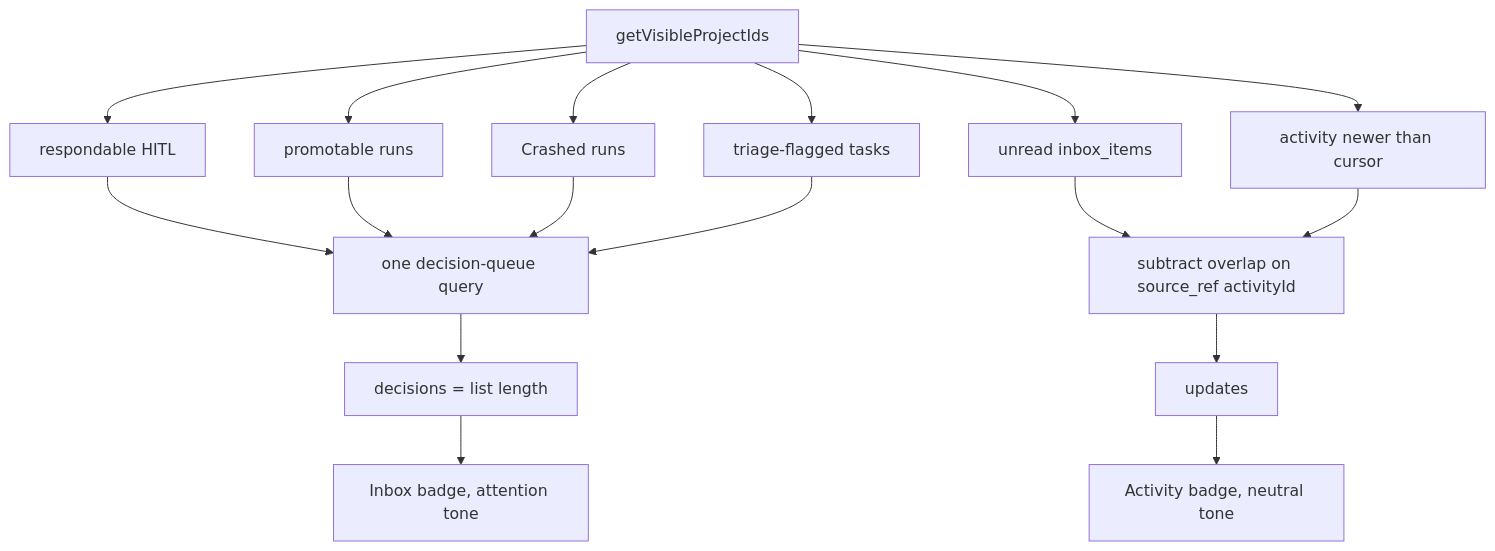
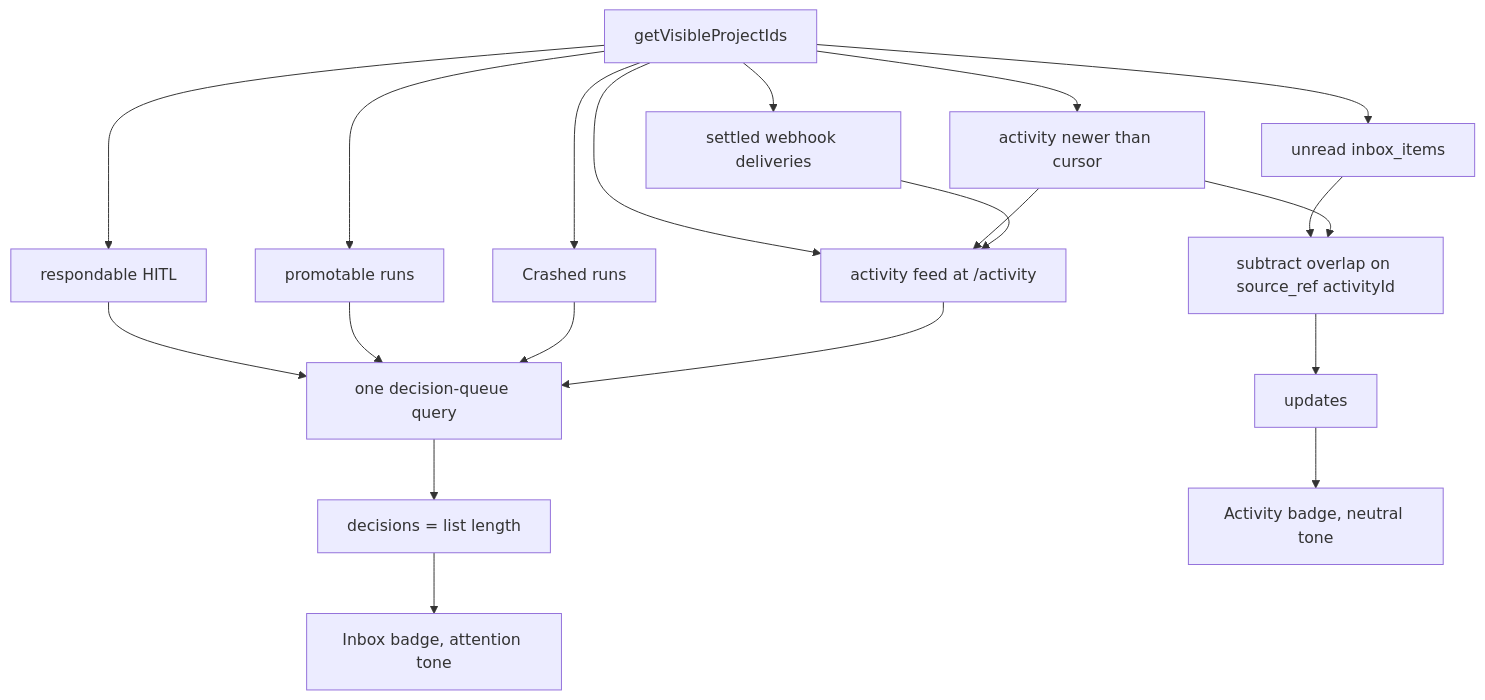
Before and after one commit to maister-dev/maister: the second of 3 diagrams in docs/system-analytics/attention.md, drawn with Mermaid. The commit also changed other lines of this file and 46 other files, not shown here.

````diff
--- a/docs/system-analytics/attention.md
+++ b/docs/system-analytics/attention.md
@@ -59,19 +65,22 @@
 ```mermaid
 flowchart TD
     V["getVisibleProjectIds"] --> H["respondable HITL"]
     V --> P["promotable runs"]
     V --> C["Crashed runs"]
     V --> F["triage-flagged tasks"]
     H --> Q["one decision-queue query"]
     P --> Q
     C --> Q
     F --> Q
     Q --> QC["decisions = list length"]
     V --> U["unread inbox_items"]
     V --> A["activity newer than cursor"]
+    V --> W["settled webhook deliveries"]
+    A --> F["activity feed at /activity"]
+    W --> F
     U --> M["subtract overlap on source_ref activityId"]
     A --> M
     M --> UC["updates"]
     QC --> B1["Inbox badge, attention tone"]
     UC --> B2["Activity badge, neutral tone"]
 ```
````
